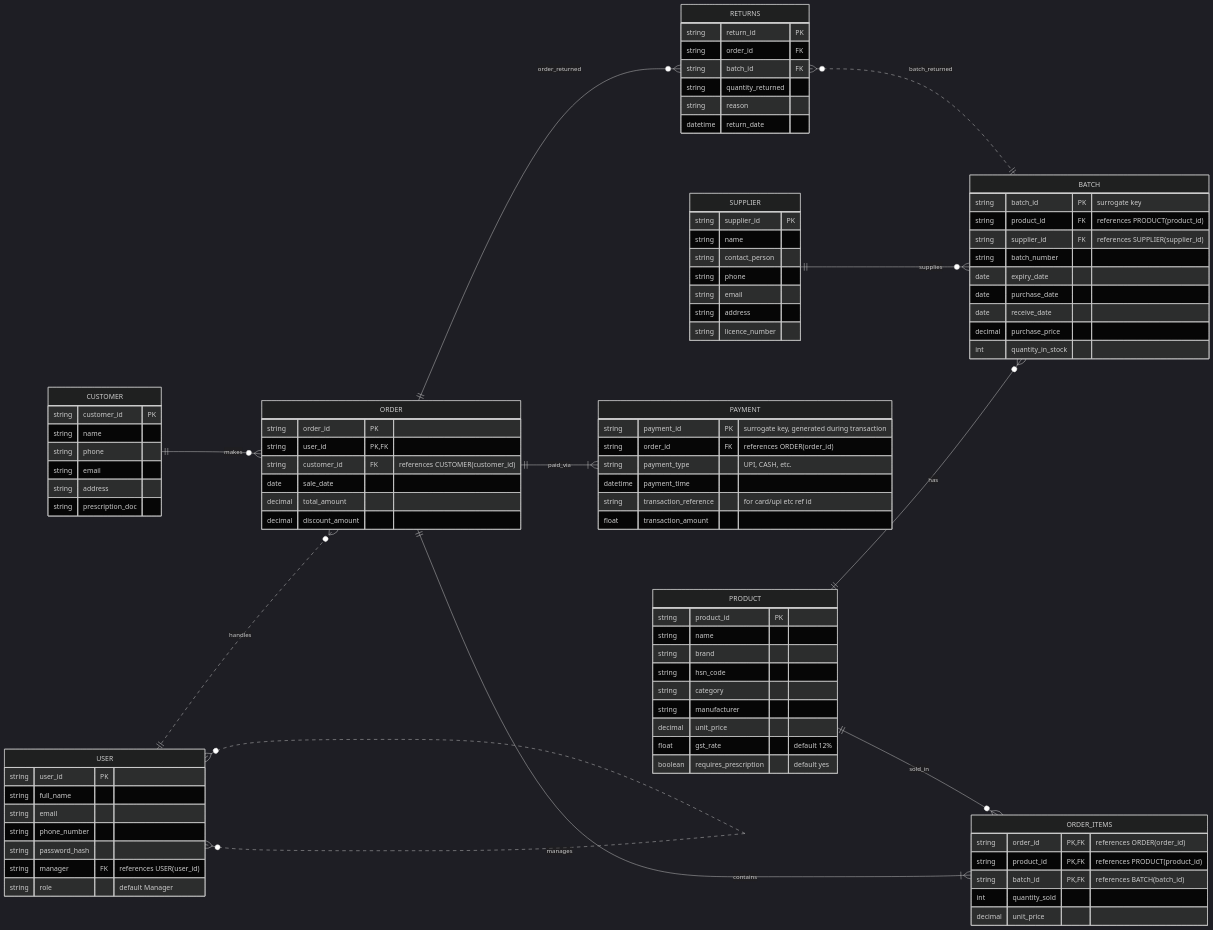
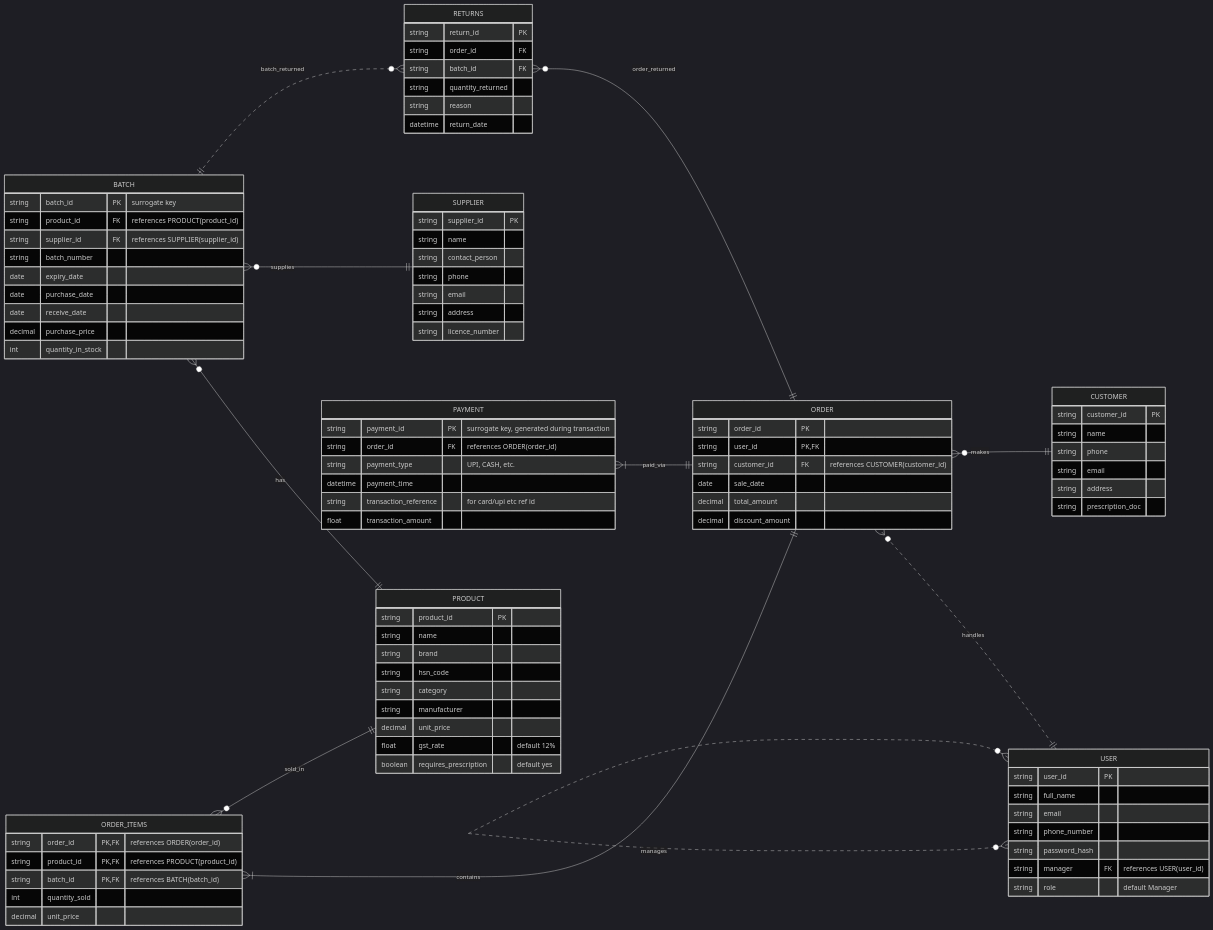
One commit to MET4L-DS/miniPharma changed the diagram in ER Diagram version 2.md. Above: the diagram before and after it, drawn with Mermaid (dark theme).

Commit message:
Update ER Diagram version 2.md

````diff
--- a/ER Diagram version 2.md
+++ b/ER Diagram version 2.md
@@ -1,7 +1,7 @@
 ```mermaid
 erDiagram
     direction BT
-    direction LR
+    direction RL
     USER {
     string user_id PK
     string full_name
````
